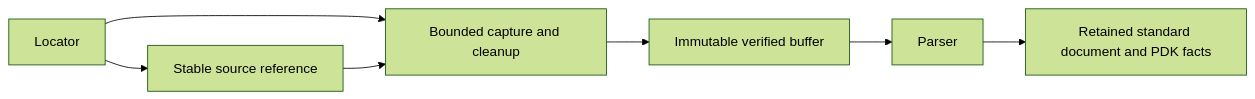
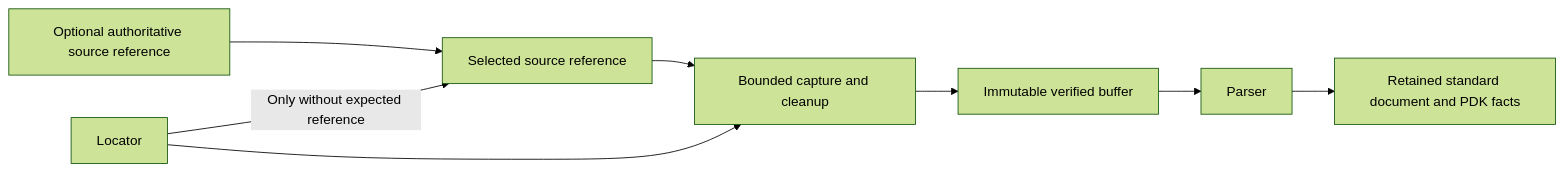
One commit to 1amageek/PDKKit changed the diagram in Sources/PDKStandardViews/StandardInspection/DESIGN.md. Above: the diagram before and after it, drawn with Mermaid (forest theme). The commit also changed other lines of this file and 19 other files, not shown here.

````diff
--- a/Sources/PDKStandardViews/StandardInspection/DESIGN.md
+++ b/Sources/PDKStandardViews/StandardInspection/DESIGN.md
@@ -25,7 +25,8 @@
 ```mermaid
 flowchart LR
-  Locator --> Reference[Stable source reference]
+  Expected[Optional authoritative source reference] --> Reference[Selected source reference]
+  Locator -->|Only without expected reference| Reference
   Locator --> Capture[Bounded capture and cleanup]
   Reference --> Capture --> Bytes[Immutable verified buffer]
   Bytes --> Parser --> IR[Retained standard document and PDK facts]
 ```
````
